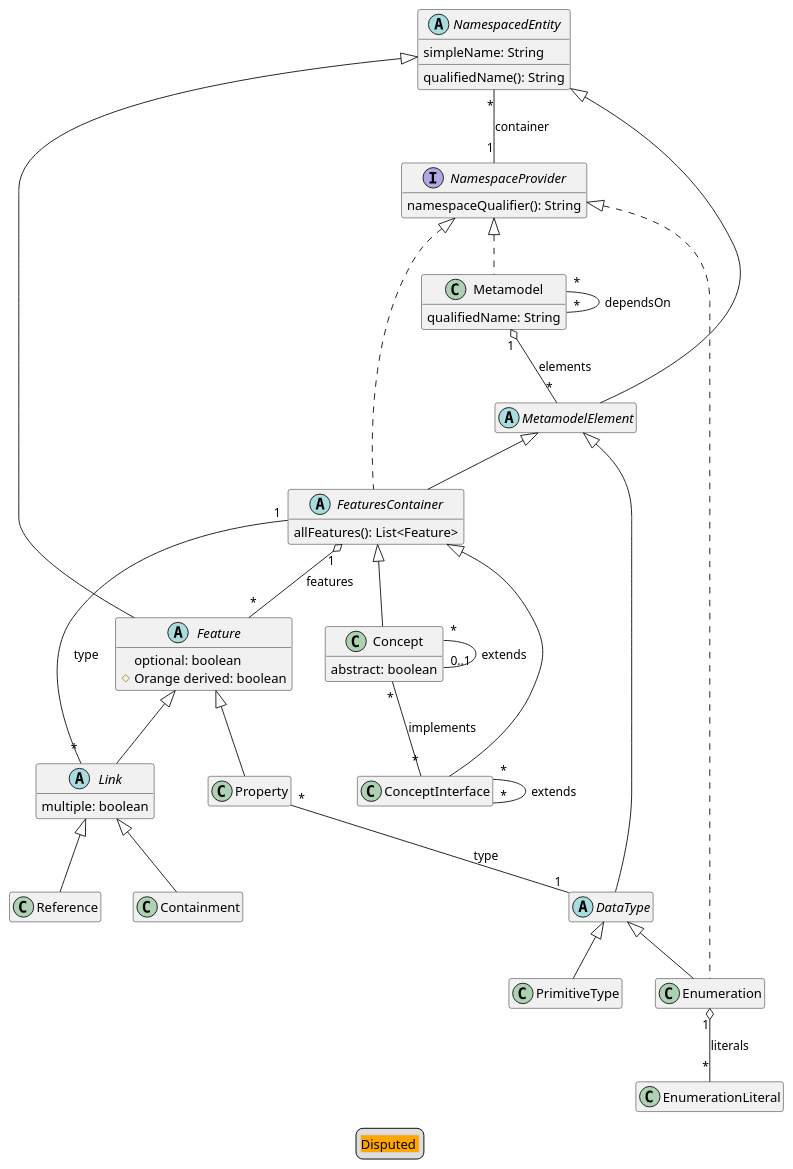
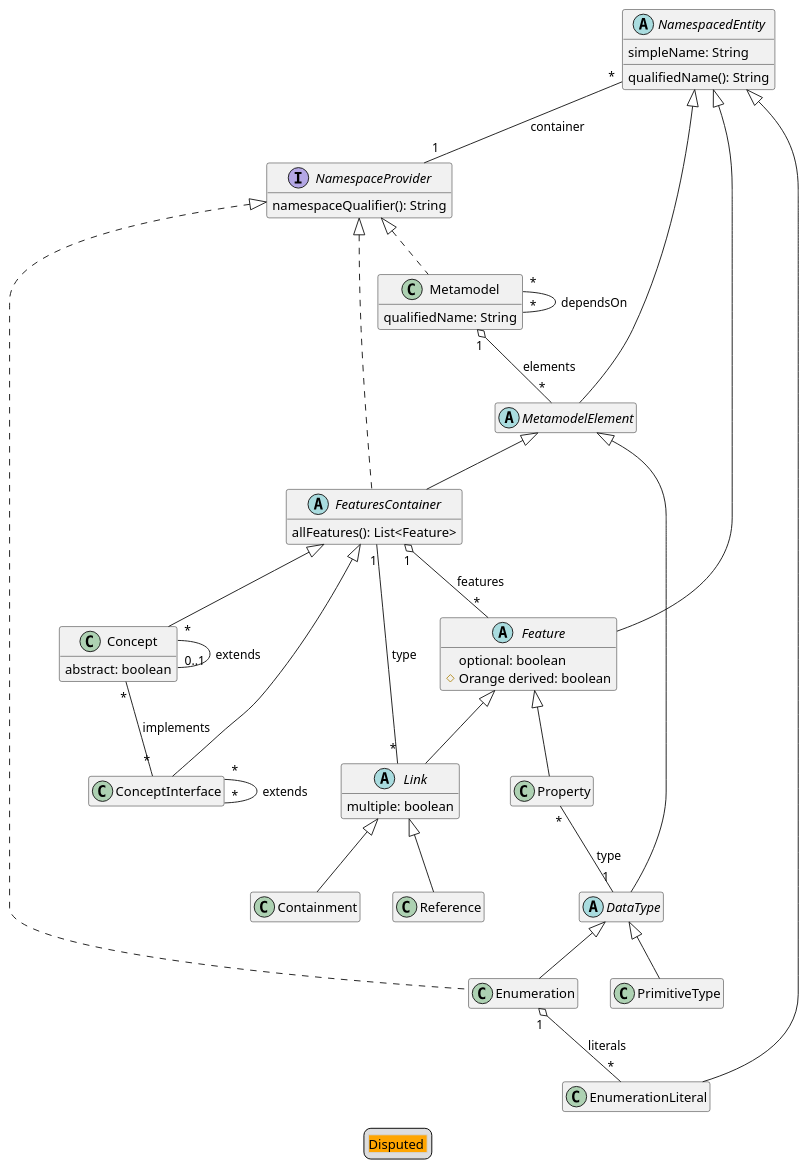
Before and after one commit to LionWeb-io/lionweb-typescript: the diagram in diagrams/metametamodel-gen.puml, drawn with PlantUML. The commit also changed 1 other file, not shown here.

Commit message:
don't rely on PlantUML's capability to infer the existence of classes

```diff
--- a/diagrams/metametamodel-gen.puml
+++ b/diagrams/metametamodel-gen.puml
@@ -1,87 +1,89 @@
 @startuml
 hide empty members
 
 ' qualified name: "lioncore"
 
 
 class Concept extends FeaturesContainer {
   abstract: boolean
 }
 
 class ConceptInterface extends FeaturesContainer
 
 class Containment extends Link
 
 abstract class DataType extends MetamodelElement
 
 class Enumeration extends DataType implements NamespaceProvider
+
+class EnumerationLiteral extends NamespacedEntity
 
 abstract class Feature extends NamespacedEntity {
   optional: boolean
   #Orange derived: boolean
 }
 
 abstract class FeaturesContainer extends MetamodelElement implements NamespaceProvider {
   allFeatures(): List<Feature>
 }
 
 ' primitive type: "JSON"
 
 abstract class Link extends Feature {
   multiple: boolean
 }
 
 class Metamodel implements NamespaceProvider {
   qualifiedName: String
 }
 
 abstract class MetamodelElement extends NamespacedEntity
 
 interface NamespaceProvider {
   namespaceQualifier(): String
 }
 
 abstract class NamespacedEntity {
   simpleName: String
   qualifiedName(): String
 }
 
 class PrimitiveType extends DataType
 
 class Property extends Feature
 
 class Reference extends Link
 
 ' primitive type: "String"
 
 ' primitive type: "boolean"
 
 ' primitive type: "int"
 
 
 
 ' relations:
 
 Concept "*" -- "0..1" Concept: extends
 Concept "*" -- "*" ConceptInterface: implements
 
 ConceptInterface "*" -- "*" ConceptInterface: extends
 
 Enumeration "1" o-- "*" EnumerationLiteral: literals
 
 FeaturesContainer "1" o-- "*" Feature: features
 
 Link "*" -- "1" FeaturesContainer: type
 
 Metamodel "1" o-- "*" MetamodelElement: elements
 Metamodel "*" -- "*" Metamodel: dependsOn
 
 NamespacedEntity "*" -- "1" NamespaceProvider: container
 
 Property "*" -- "1" DataType: type
 
 
 legend
   <#LightGray,#LightGray>| <#Orange>Disputed |
 end legend
 @enduml
```
